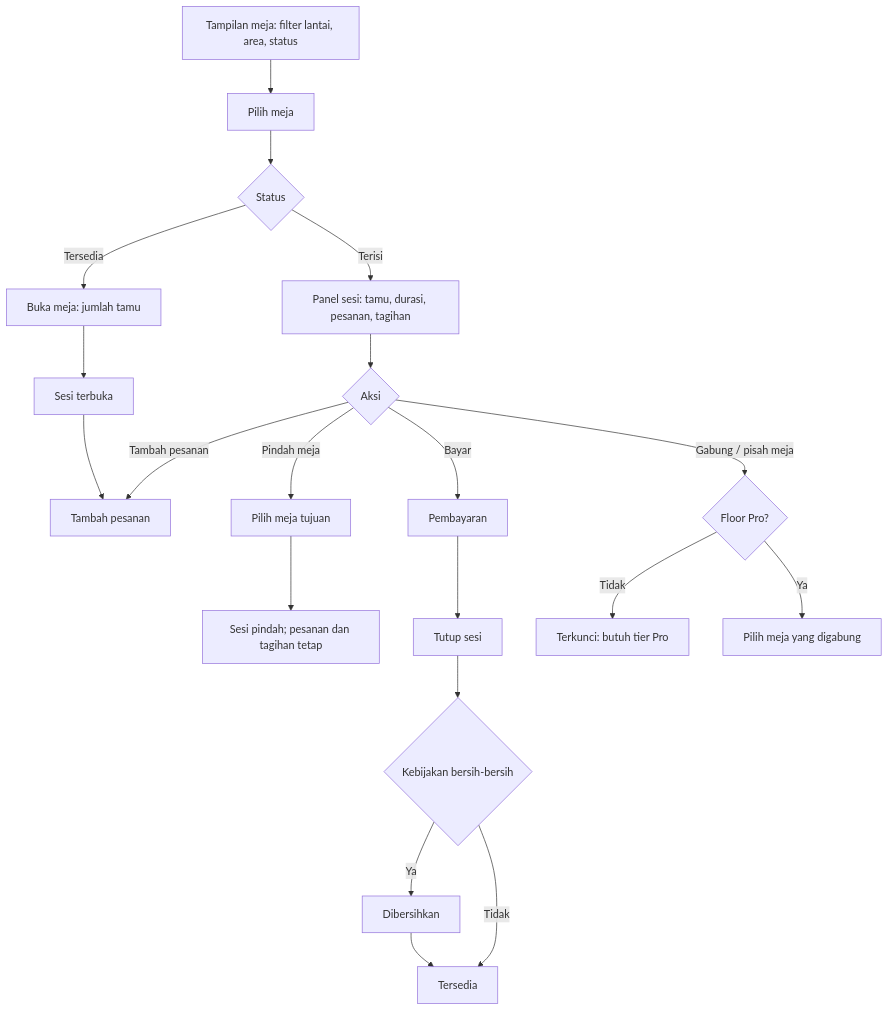
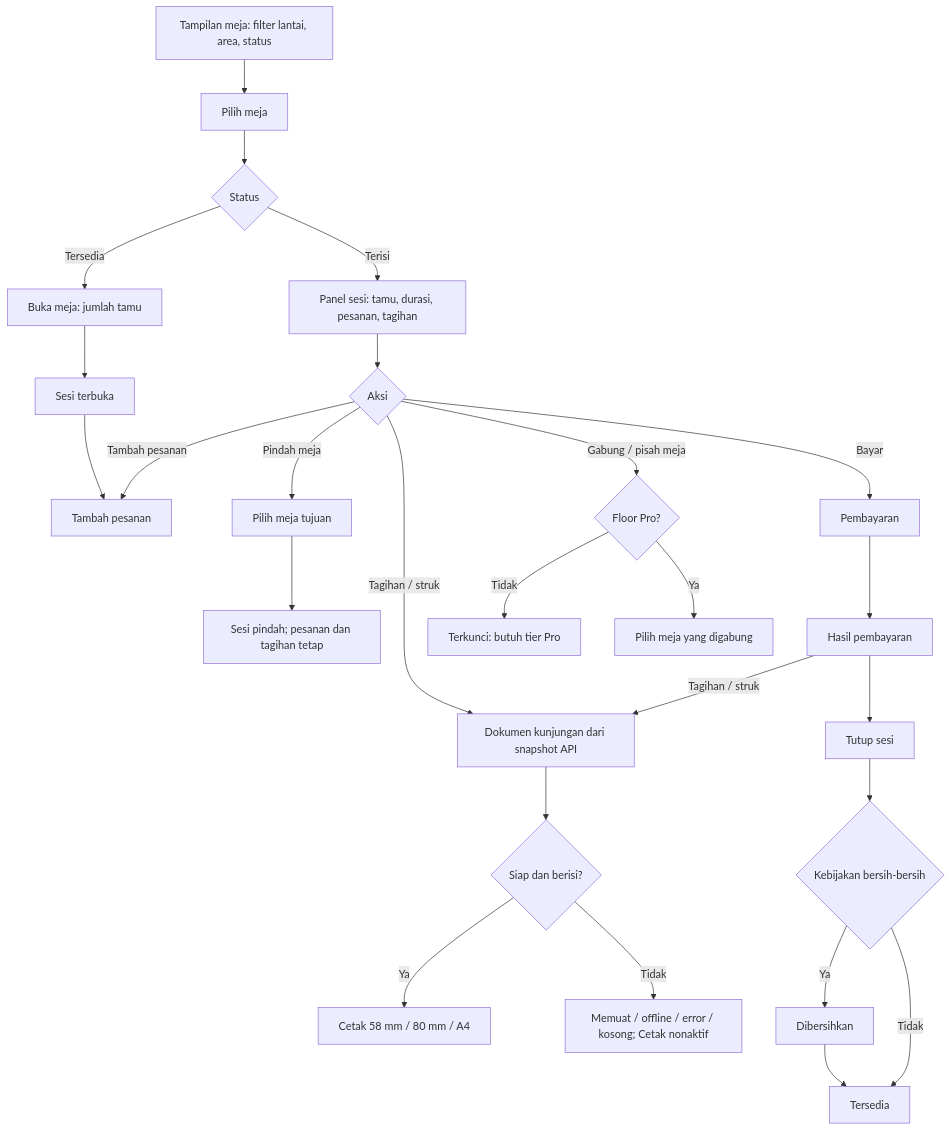
Diagram 13 of 24 in docs/foundation/flowchart.md (andirifqialnurr/merchant-operations-platform), drawn with Mermaid before and after one commit. The commit also changed other lines of this file and 34 other files, not shown here.

````diff
--- a/docs/foundation/flowchart.md
+++ b/docs/foundation/flowchart.md
@@ -279,17 +279,22 @@
 ```mermaid
 flowchart TD
     A[Tampilan meja: filter lantai, area, status] --> B[Pilih meja]
     B --> C{Status}
     C -- Tersedia --> D[Buka meja: jumlah tamu] --> E[Sesi terbuka] --> F[Tambah pesanan]
     C -- Terisi --> G[Panel sesi: tamu, durasi, pesanan, tagihan]
     G --> H{Aksi}
     H -- Tambah pesanan --> F
     H -- Pindah meja --> I[Pilih meja tujuan] --> J[Sesi pindah; pesanan dan tagihan tetap]
     H -- Bayar --> K[Pembayaran]
-    K --> L[Tutup sesi] --> M{Kebijakan bersih-bersih}
+    K --> PAID[Hasil pembayaran] --> L[Tutup sesi] --> M{Kebijakan bersih-bersih}
+    H -- Tagihan / struk --> DOC[Dokumen kunjungan dari snapshot API]
+    PAID -- Tagihan / struk --> DOC
+    DOC --> READY{Siap dan berisi?}
+    READY -- Ya --> PRINT[Cetak 58 mm / 80 mm / A4]
+    READY -- Tidak --> WAIT[Memuat / offline / error / kosong; Cetak nonaktif]
     M -- Ya --> N[Dibersihkan] --> O[Tandai tersedia]
     M -- Tidak --> O[Tersedia]
     H -- Gabung / pisah meja --> P{Floor Pro?}
     P -- Tidak --> Q[Terkunci: butuh tier Pro]
     P -- Ya --> R[Pilih meja yang digabung]
 ```
````
